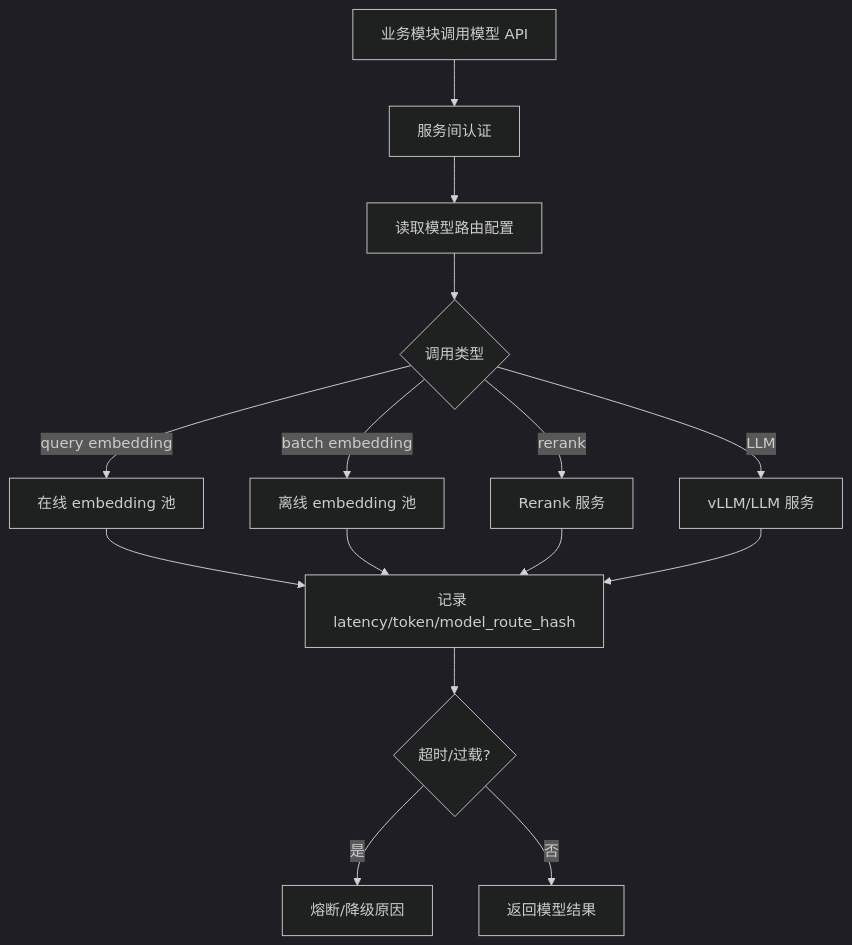
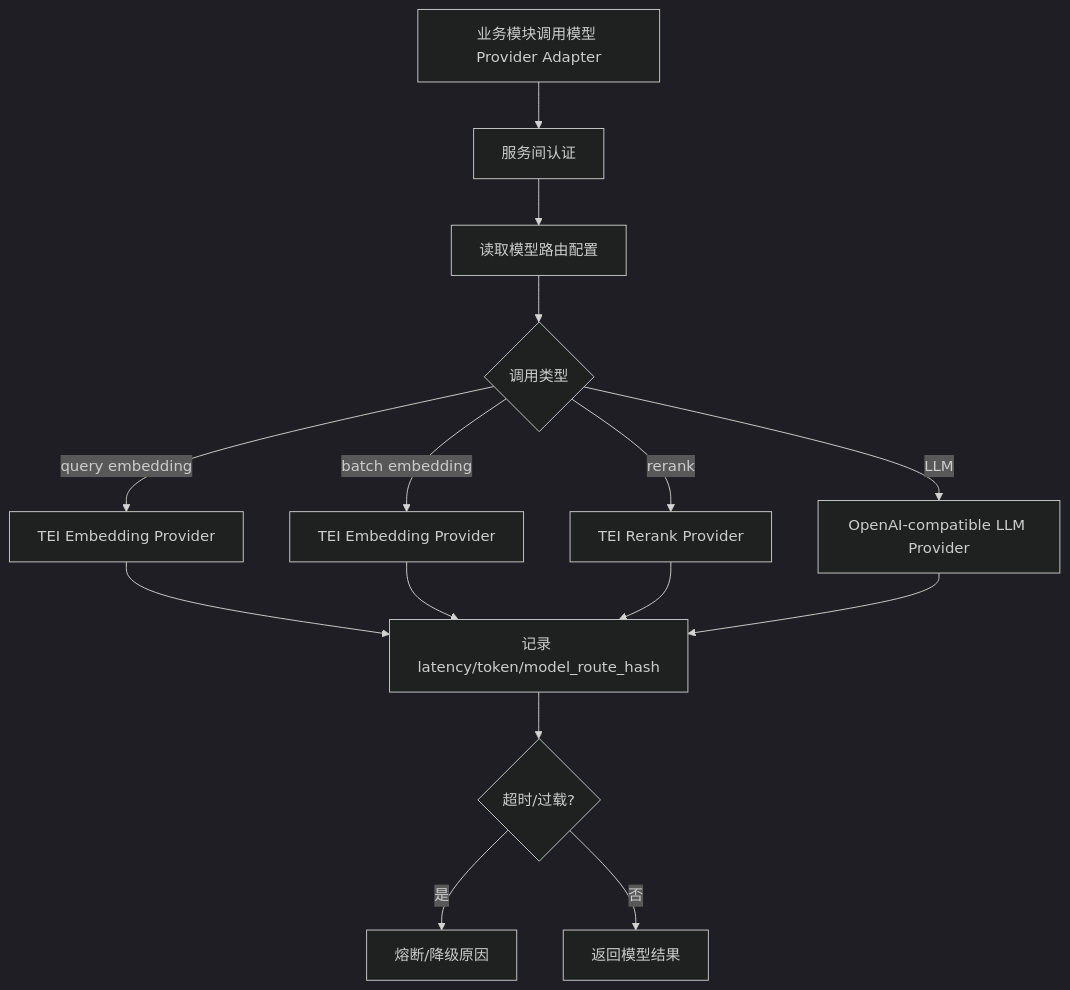
Before and after one commit to brianlee202602-dot/Little-Bear: diagram 11 of 15 in docs/项目执行流程图.md, drawn with Mermaid (dark theme). The commit also changed other lines of this file and 49 other files, not shown here.

````diff
--- a/docs/项目执行流程图.md
+++ b/docs/项目执行流程图.md
@@ -281,17 +281,17 @@
 ```mermaid
 flowchart TD
-    A[业务模块调用模型 API] --> B[服务间认证]
+    A[业务模块调用模型 Provider Adapter] --> B[服务间认证]
     B --> C[读取模型路由配置]
     C --> D{调用类型}
-    D -- query embedding --> E[在线 embedding 池]
-    D -- batch embedding --> F[离线 embedding 池]
-    D -- rerank --> G[Rerank 服务]
-    D -- LLM --> H[vLLM/LLM 服务]
+    D -- query embedding --> E[TEI Embedding Provider]
+    D -- batch embedding --> F[TEI Embedding Provider]
+    D -- rerank --> G[TEI Rerank Provider]
+    D -- LLM --> H[OpenAI-compatible LLM Provider]
     E --> I[记录 latency/token/model_route_hash]
     F --> I
     G --> I
     H --> I
     I --> J{超时/过载?}
     J -- 是 --> K[熔断/降级原因]
     J -- 否 --> L[返回模型结果]
 ```
````
